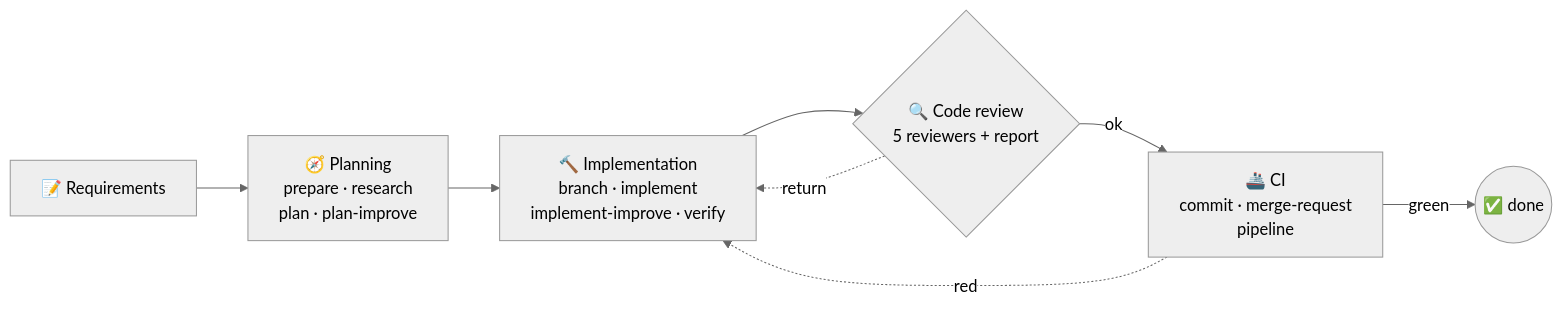
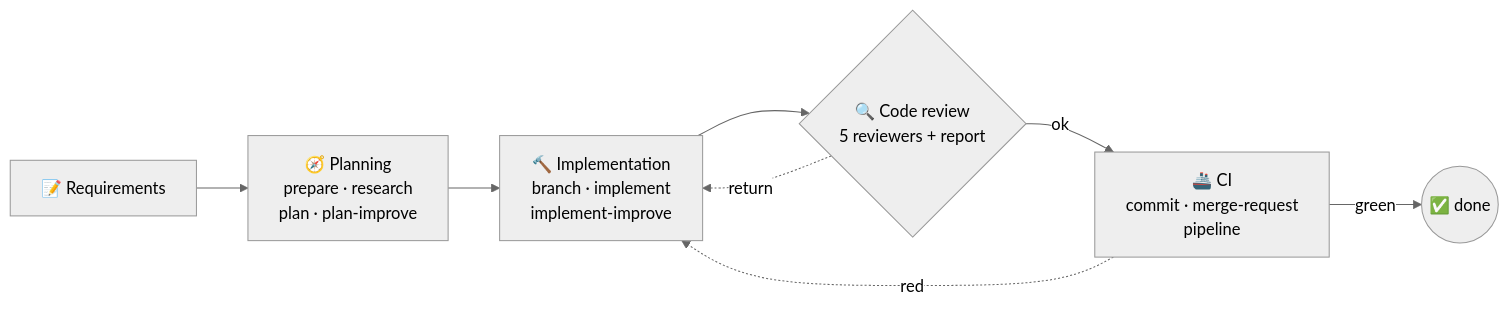
The diagram in README.md (swarmloop/swarmloop), drawn with Mermaid (neutral theme) before and after one commit. The commit also changed other lines of this file and 98 other files, not shown here.

````diff
--- a/README.md
+++ b/README.md
@@ -192,10 +213,10 @@
 ```mermaid
 flowchart LR
   R["📝 Requirements"] --> P["🧭 Planning<br/>prepare · research<br/>plan · plan-improve"]
-  P --> I["🔨 Implementation<br/>branch · implement<br/>implement-improve · verify"]
+  P --> I["🔨 Implementation<br/>branch · implement<br/>implement-improve"]
   I --> C{"🔍 Code review<br/>5 reviewers + report"}
   C -- ok --> D["🚢 CI<br/>commit · merge-request<br/>pipeline"]
   C -. return .-> I
   D -. red .-> I
   D -- green --> E(("✅ done"))
 ```
````
